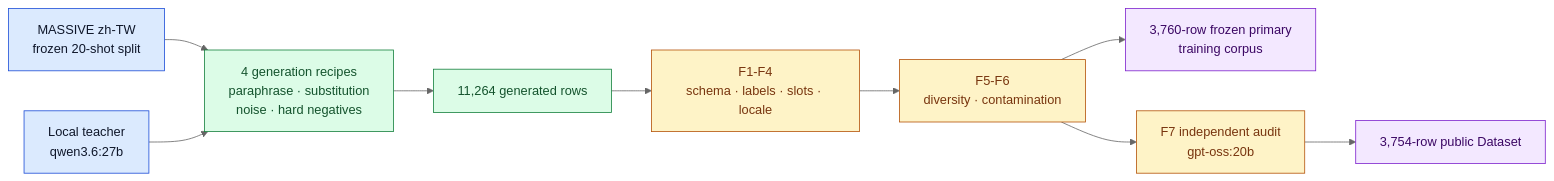
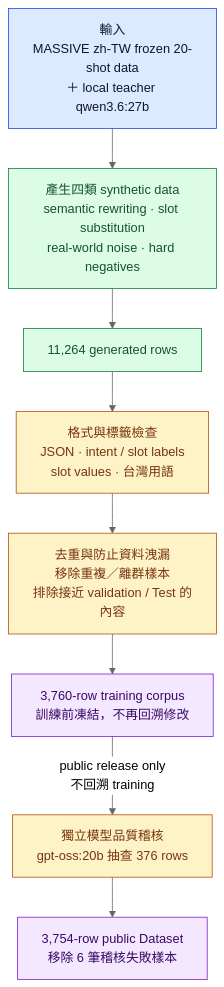
One commit to kuotunyu/FormosaNLU-Synth changed the first of 2 diagrams in README.md. Above: the diagram before and after it, drawn with Mermaid (neutral theme). The commit also changed other lines of this file and 3 other files, not shown here.

Commit message:
Docs: clarify README data flow

````diff
--- a/README.md
+++ b/README.md
@@ -95,27 +80,23 @@
 ```mermaid
-flowchart LR
-    Massive["MASSIVE zh-TW<br/>frozen 20-shot split"]
-    Teacher["Local teacher<br/>qwen3.6:27b"]
-    Recipes["4 generation recipes<br/>paraphrase · substitution<br/>noise · hard negatives"]
+flowchart TB
+    Inputs["輸入<br/>MASSIVE zh-TW frozen 20-shot data<br/>＋ local teacher qwen3.6:27b"]
+    Recipes["產生四類 synthetic data<br/>semantic rewriting · slot substitution<br/>real-world noise · hard negatives"]
     Generated["11,264 generated rows"]
-    Cheap["F1-F4<br/>schema · labels · slots · locale"]
-    Semantic["F5-F6<br/>diversity · contamination"]
-    Primary["3,760-row frozen primary<br/>training corpus"]
-    Judge["F7 independent audit<br/>gpt-oss:20b"]
-    Public["3,754-row public Dataset"]
+    Checks["格式與標籤檢查<br/>JSON · intent / slot labels<br/>slot values · 台灣用語"]
+    Safety["去重與防止資料洩漏<br/>移除重複／離群樣本<br/>排除接近 validation / Test 的內容"]
+    Primary["3,760-row training corpus<br/>訓練前凍結，不再回溯修改"]
+    Judge["獨立模型品質稽核<br/>gpt-oss:20b 抽查 376 rows"]
+    Public["3,754-row public Dataset<br/>移除 6 筆稽核失敗樣本"]
 
-    Massive --> Recipes
-    Teacher --> Recipes
-    Recipes --> Generated --> Cheap --> Semantic
-    Semantic --> Primary
-    Semantic --> Judge --> Public
+    Inputs --> Recipes --> Generated --> Checks --> Safety --> Primary
+    Primary -->|"public release only<br/>不回溯 training"| Judge --> Public
 
     classDef source fill:#DBEAFE,stroke:#1D4ED8,color:#0F172A
     classDef process fill:#DCFCE7,stroke:#15803D,color:#14532D
     classDef gate fill:#FEF3C7,stroke:#B45309,color:#78350F
     classDef artifact fill:#F3E8FF,stroke:#7E22CE,color:#3B0764
-    class Massive,Teacher source
+    class Inputs source
     class Recipes,Generated process
-    class Cheap,Semantic,Judge gate
+    class Checks,Safety,Judge gate
     class Primary,Public artifact
 ```
````
